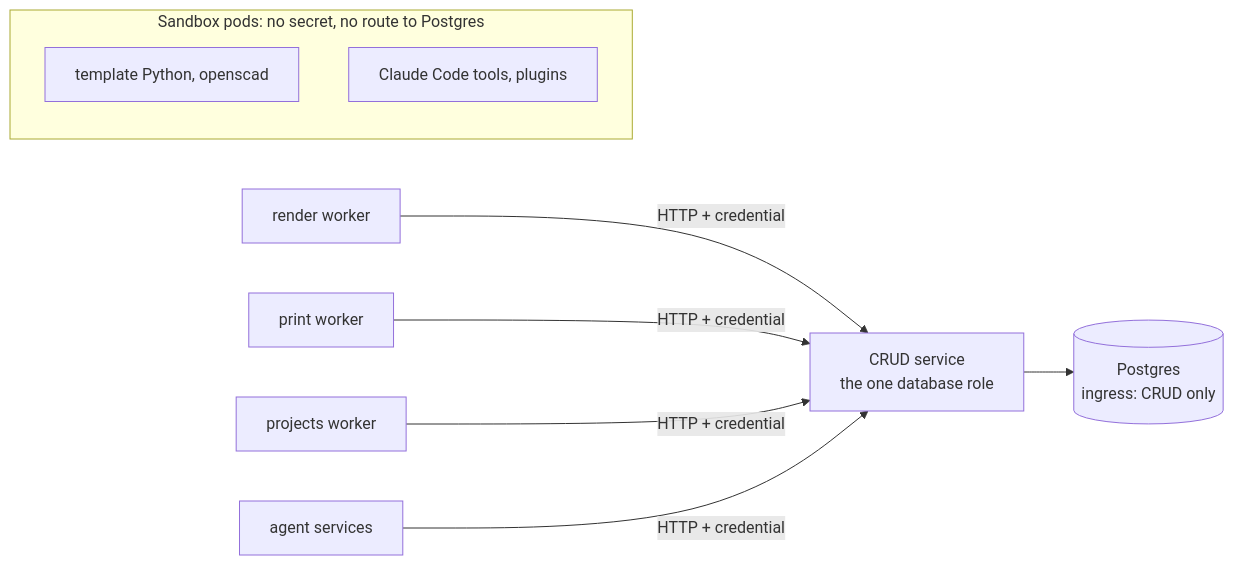
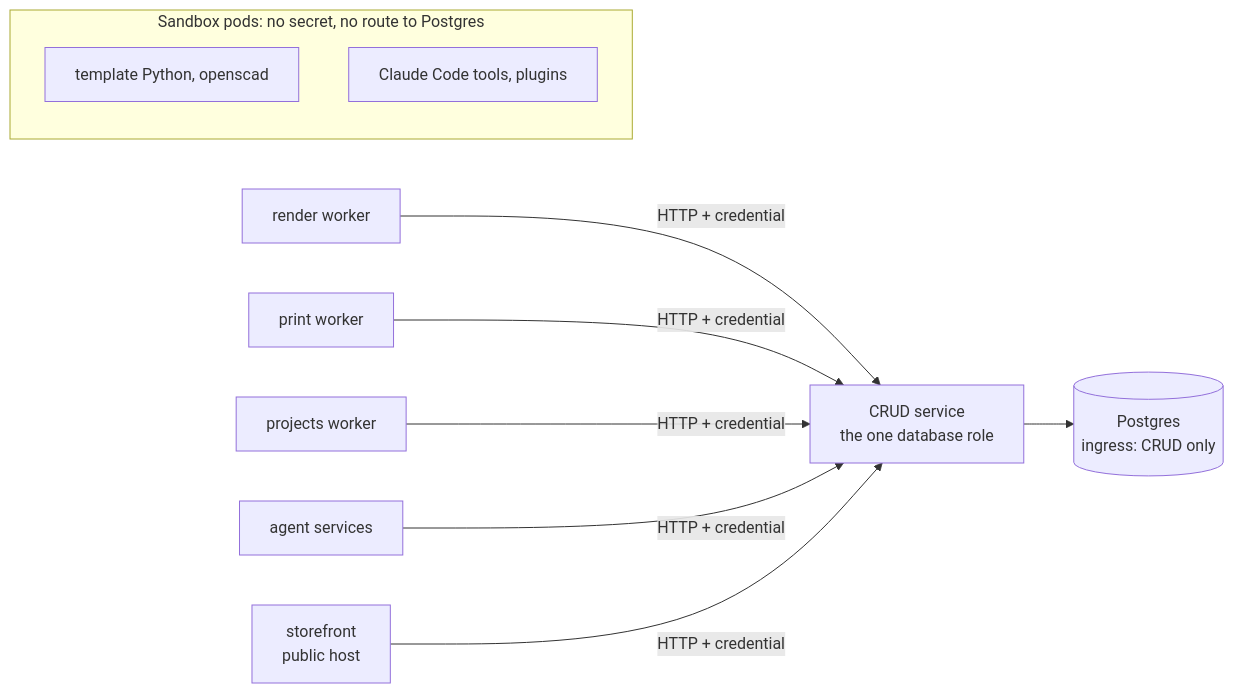
Before and after one commit to eh-homelab/ScadBuddy: the second of 2 diagrams in docs/security/trust-boundaries.md, drawn with Mermaid. The commit also changed other lines of this file and 1 other file, not shown here.

Commit message:
docs(storefront): no direct SQL; the storefront reaches orders over CRUD routes
The owner decided on 2026-11-07 that the storefront holds no database
secret (#5295). It calls /api/v1/internal/storefront/* with a #5325
service credential. The scadbuddy_storefront role and STOREFRONT_GRANTS
are dropped from the spec, and trust-boundaries.md lists the storefront.

Refs #4962, #5282, #5284

Claude-Session: https://claude.ai/code/session_01MAHUoLwi3myXCJ8HbVFFdg

````diff
--- a/docs/security/trust-boundaries.md
+++ b/docs/security/trust-boundaries.md
@@ -146,12 +146,13 @@
 ```mermaid
 flowchart LR
   subgraph untrusted[Sandbox pods: no secret, no route to Postgres]
     T[template Python, openscad]
     C[Claude Code tools, plugins]
   end
   R[render worker] -- HTTP + credential --> CRUD
   P[print worker] -- HTTP + credential --> CRUD
   J[projects worker] -- HTTP + credential --> CRUD
   A[agent services] -- HTTP + credential --> CRUD
+  S[storefront<br/>public host] -- HTTP + credential --> CRUD
   CRUD[CRUD service<br/>the one database role] --> DB[(Postgres<br/>ingress: CRUD only)]
 ```
````
